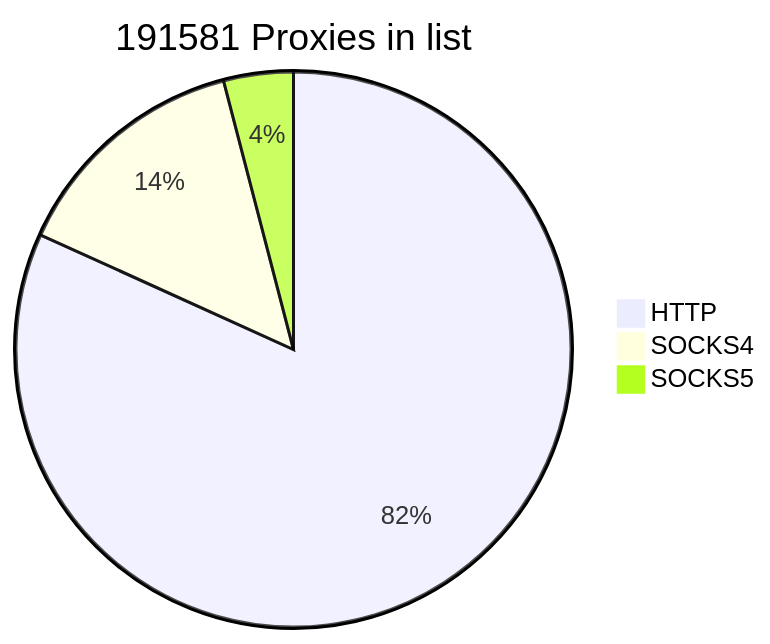
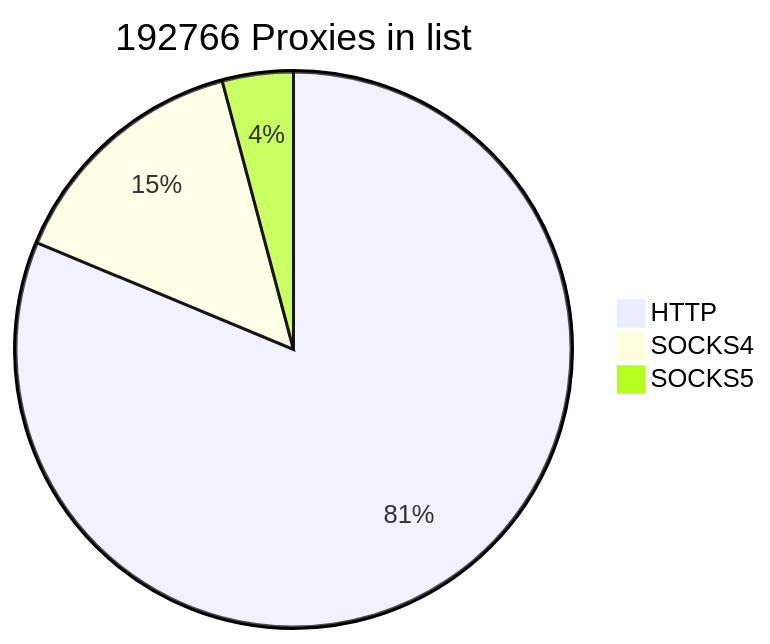
Before and after one commit to cutipu/proxylist: the first of 2 diagrams in README.md, drawn with Mermaid. The commit also changed other lines of this file, not shown here.

````diff
--- a/README.md
+++ b/README.md
@@ -2,7 +2,7 @@
 ```mermaid
-pie title 191581 Proxies in list
-    "HTTP" : 156652
-    "SOCKS4" : 27163
-    "SOCKS5" : 7766
+pie title 192766 Proxies in list
+    "HTTP" : 156676
+    "SOCKS4" : 28128
+    "SOCKS5" : 7962
             
 ```
````
